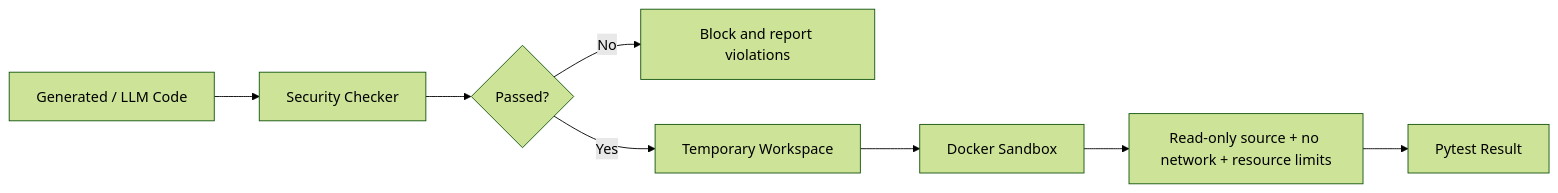
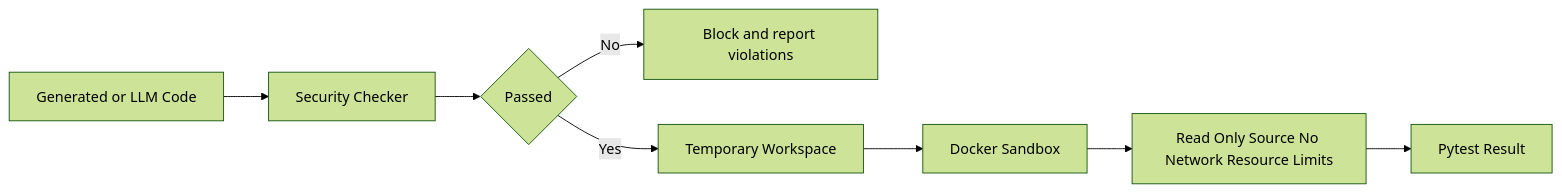
Before and after one commit to Isaacsen/cs599-project: the second of 3 diagrams in docs/architecture.md, drawn with Mermaid (forest theme). The commit also changed other lines of this file and 60 other files, not shown here.

Commit message:
Align project architecture with software engineer agent

````diff
--- a/docs/architecture.md
+++ b/docs/architecture.md
@@ -127,10 +117,10 @@
 ```mermaid
-flowchart LR
-    A["Generated / LLM Code"] --> B["Security Checker"]
-    B --> C{"Passed?"}
+graph LR
+    A["Generated or LLM Code"] --> B["Security Checker"]
+    B --> C{"Passed"}
     C -->|No| D["Block and report violations"]
     C -->|Yes| E["Temporary Workspace"]
     E --> F["Docker Sandbox"]
-    F --> G["Read-only source + no network + resource limits"]
+    F --> G["Read Only Source No Network Resource Limits"]
     G --> H["Pytest Result"]
 ```
````
